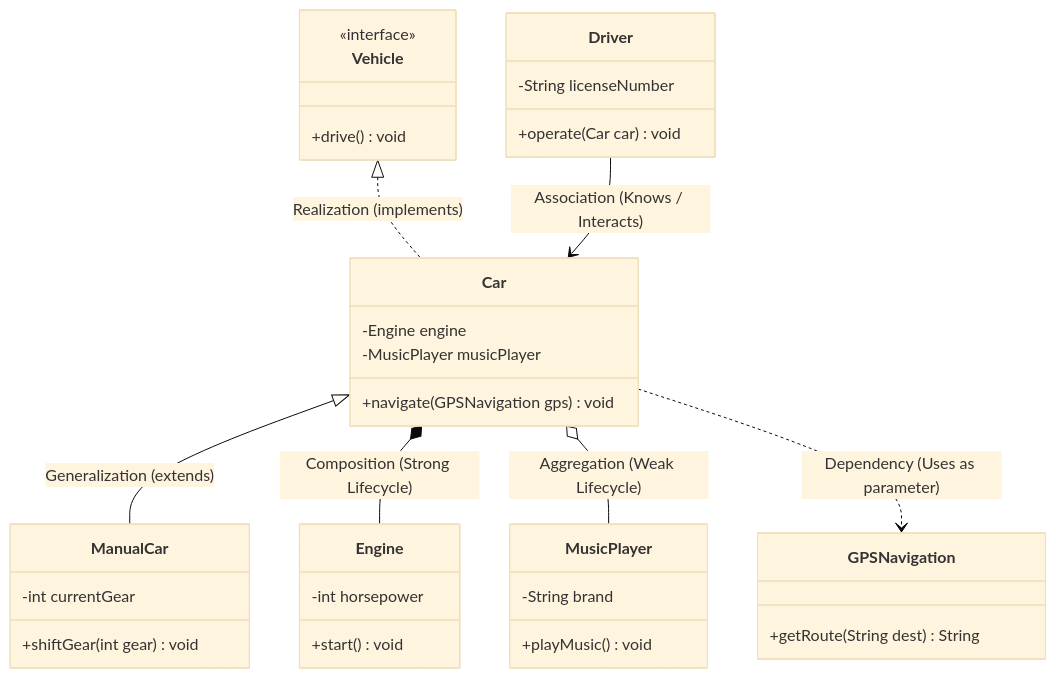
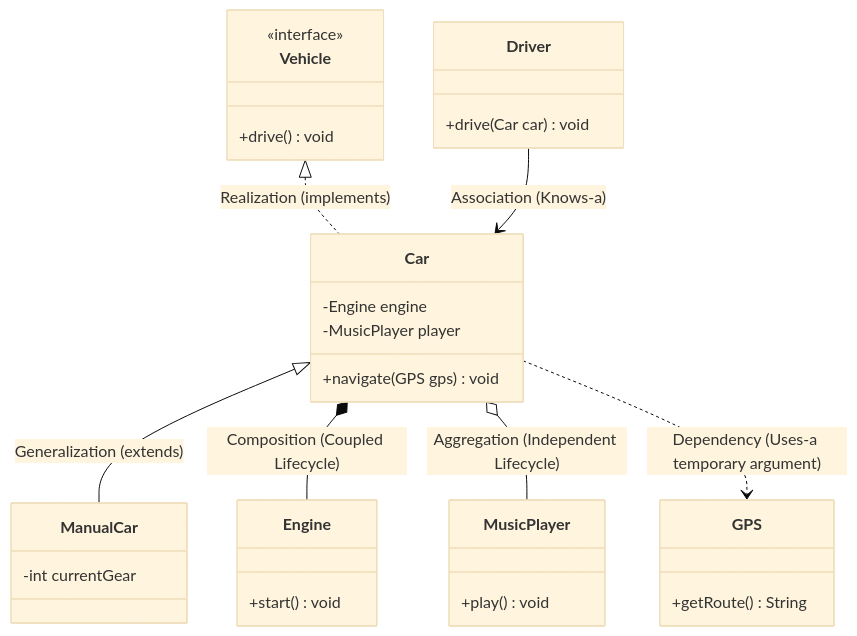
The first of 2 diagrams in 04-OOPs-and-Design-Patterns/01-Core-OOPs-and-UML/04-UML-Diagrams-Class-and-Sequence-Diagrams.md (rohithgowda18/Notes), drawn with Mermaid (base theme) before and after one commit. The commit also changed other lines of this file and 17 other files, not shown here.

````diff
--- a/04-OOPs-and-Design-Patterns/01-Core-OOPs-and-UML/04-UML-Diagrams-Class-and-Sequence-Diagrams.md
+++ b/04-OOPs-and-Design-Patterns/01-Core-OOPs-and-UML/04-UML-Diagrams-Class-and-Sequence-Diagrams.md
@@ -64,44 +59,34 @@
 ```mermaid
 classDiagram
     class Vehicle {
         <<interface>>
         +drive() void
     }
-
+    class Car {
+        -Engine engine
+        -MusicPlayer player
+        +navigate(GPS gps) void
+    }
+    class ManualCar {
+        -int currentGear
+    }
     class Engine {
-        -int horsepower
         +start() void
     }
-
     class MusicPlayer {
-        -String brand
-        +playMusic() void
+        +play() void
     }
-
     class Driver {
-        -String licenseNumber
-        +operate(Car car) void
+        +drive(Car car) void
     }
-
-    class GPSNavigation {
-        +getRoute(String dest) String
-    }
-
-    class Car {
-        -Engine engine
-        -MusicPlayer musicPlayer
-        +navigate(GPSNavigation gps) void
-    }
-
-    class ManualCar {
-        -int currentGear
-        +shiftGear(int gear) void
+    class GPS {
+        +getRoute() String
     }
 
     Vehicle <|.. Car : Realization (implements)
     Car <|-- ManualCar : Generalization (extends)
-    Car *-- Engine : Composition (Strong Lifecycle)
-    Car o-- MusicPlayer : Aggregation (Weak Lifecycle)
-    Driver --> Car : Association (Knows / Interacts)
-    Car ..> GPSNavigation : Dependency (Uses as parameter)
+    Car *-- Engine : Composition (Coupled Lifecycle)
+    Car o-- MusicPlayer : Aggregation (Independent Lifecycle)
+    Driver --> Car : Association (Knows-a)
+    Car ..> GPS : Dependency (Uses-a temporary argument)
 ```
````
